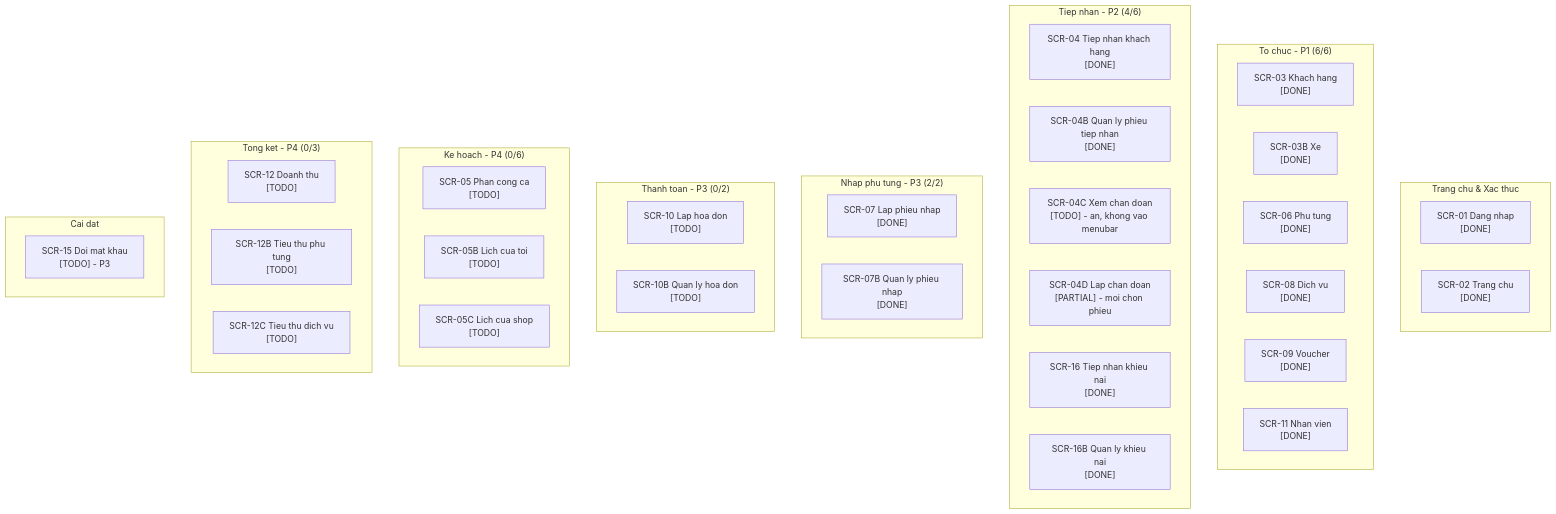
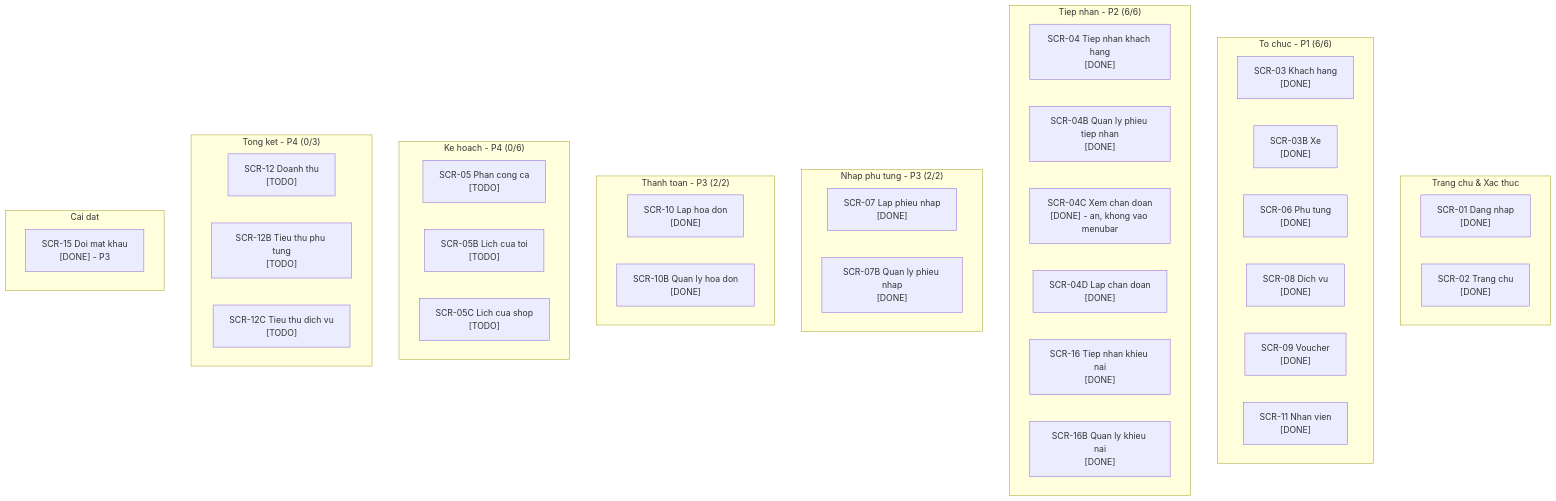
Before and after one commit to MaiTheHao/iuh-fall2026-ptud: the fourth of 10 diagrams in assets/tasks/DGRAPH.md, drawn with Mermaid. The commit also changed other lines of this file and 3 other files, not shown here.

````diff
--- a/assets/tasks/DGRAPH.md
+++ b/assets/tasks/DGRAPH.md
@@ -92,51 +92,51 @@
 ```mermaid
 flowchart TD
     subgraph sgAuth["Trang chu & Xac thuc"]
         scr01["SCR-01 Dang nhap<br/>[DONE]"]
         scr02["SCR-02 Trang chu<br/>[DONE]"]
     end
 
     subgraph sgOrg["To chuc - P1 (6/6)"]
         scr03["SCR-03 Khach hang<br/>[DONE]"]
         scr03b["SCR-03B Xe<br/>[DONE]"]
         scr06["SCR-06 Phu tung<br/>[DONE]"]
         scr08["SCR-08 Dich vu<br/>[DONE]"]
         scr09["SCR-09 Voucher<br/>[DONE]"]
         scr11["SCR-11 Nhan vien<br/>[DONE]"]
     end
 
-    subgraph sgIntake["Tiep nhan - P2 (4/6)"]
+    subgraph sgIntake["Tiep nhan - P2 (6/6)"]
         scr04["SCR-04 Tiep nhan khach hang<br/>[DONE]"]
         scr04b["SCR-04B Quan ly phieu tiep nhan<br/>[DONE]"]
-        scr04c["SCR-04C Xem chan doan<br/>[TODO] - an, khong vao menubar"]
-        scr04d["SCR-04D Lap chan doan<br/>[PARTIAL] - moi chon phieu"]
+        scr04c["SCR-04C Xem chan doan<br/>[DONE] - an, khong vao menubar"]
+        scr04d["SCR-04D Lap chan doan<br/>[DONE]"]
         scr16["SCR-16 Tiep nhan khieu nai<br/>[DONE]"]
         scr16b["SCR-16B Quan ly khieu nai<br/>[DONE]"]
     end
 
     subgraph sgParts["Nhap phu tung - P3 (2/2)"]
         scr07["SCR-07 Lap phieu nhap<br/>[DONE]"]
         scr07b["SCR-07B Quan ly phieu nhap<br/>[DONE]"]
     end
 
-    subgraph sgPay["Thanh toan - P3 (0/2)"]
-        scr10["SCR-10 Lap hoa don<br/>[TODO]"]
-        scr10b["SCR-10B Quan ly hoa don<br/>[TODO]"]
+    subgraph sgPay["Thanh toan - P3 (2/2)"]
+        scr10["SCR-10 Lap hoa don<br/>[DONE]"]
+        scr10b["SCR-10B Quan ly hoa don<br/>[DONE]"]
     end
 
     subgraph sgPlan["Ke hoach - P4 (0/6)"]
         scr05["SCR-05 Phan cong ca<br/>[TODO]"]
         scr05b["SCR-05B Lich cua toi<br/>[TODO]"]
         scr05c["SCR-05C Lich cua shop<br/>[TODO]"]
     end
 
     subgraph sgReport["Tong ket - P4 (0/3)"]
         scr12["SCR-12 Doanh thu<br/>[TODO]"]
         scr12b["SCR-12B Tieu thu phu tung<br/>[TODO]"]
         scr12c["SCR-12C Tieu thu dich vu<br/>[TODO]"]
     end
 
     subgraph sgSet["Cai dat"]
-        scr15["SCR-15 Doi mat khau<br/>[TODO] - P3"]
+        scr15["SCR-15 Doi mat khau<br/>[DONE] - P3"]
     end
 ```
````
